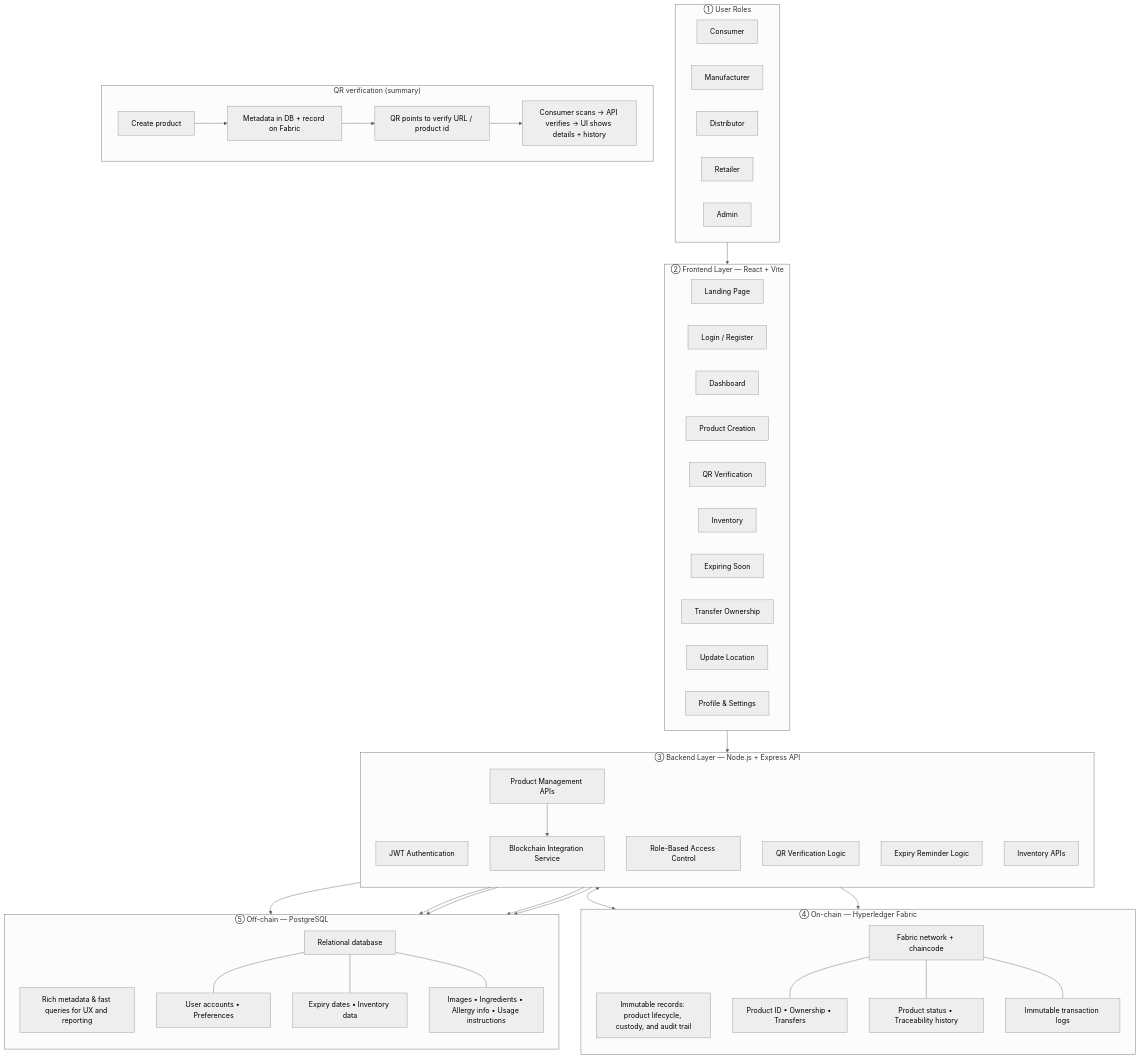
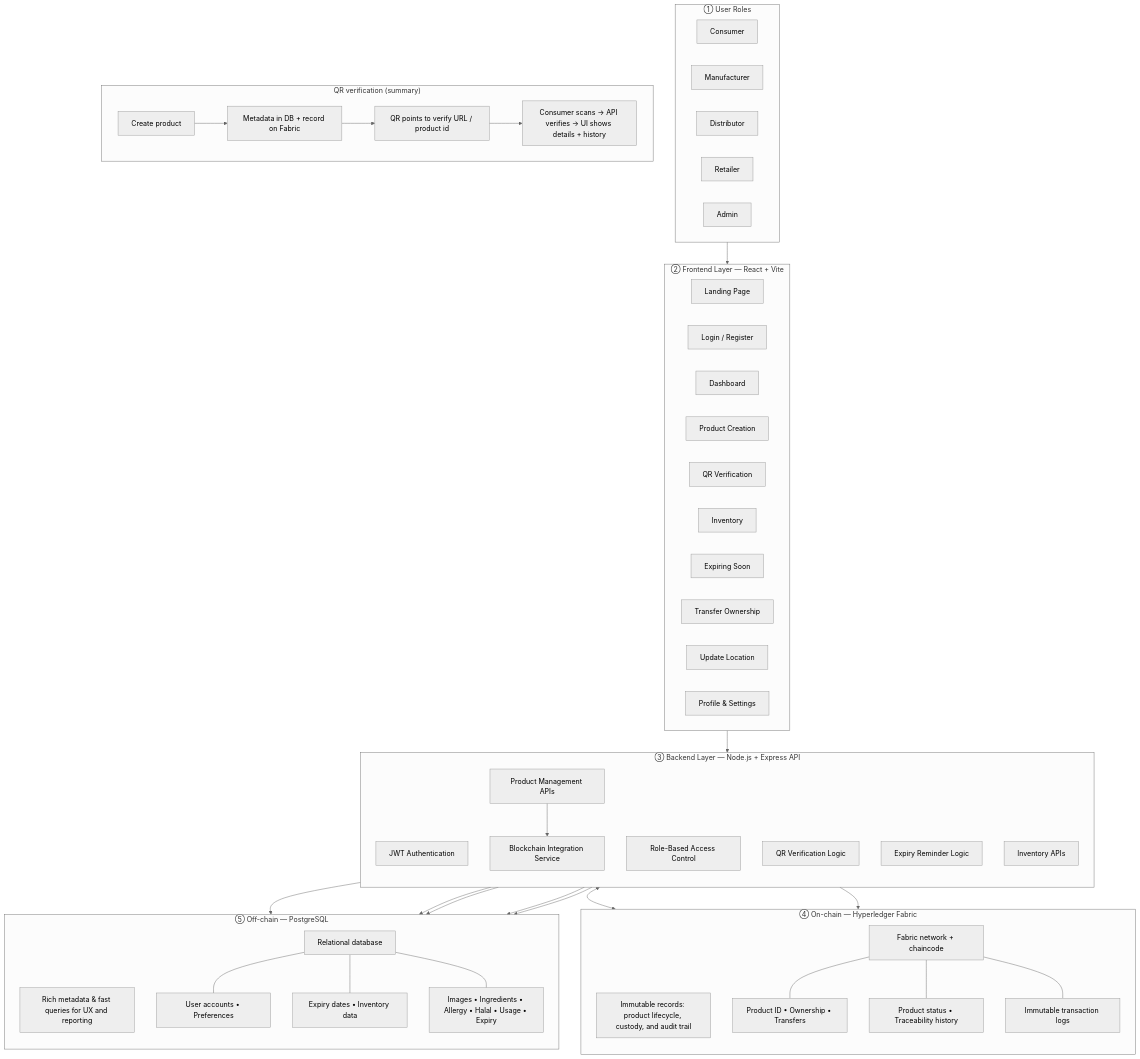
One commit to Jenson1hrs/Blockchain_SC_Transparency changed the first of 2 diagrams in docs/FYP-System-Architecture.md. Above: the diagram before and after it, drawn with Mermaid (neutral theme). The commit also changed other lines of this file and 68 other files, not shown here.

````diff
--- a/docs/FYP-System-Architecture.md
+++ b/docs/FYP-System-Architecture.md
@@ -17,78 +17,78 @@
 ```mermaid
 flowchart TB
   subgraph USERS["① User Roles"]
     direction LR
     UC["Consumer"]
     UM["Manufacturer"]
     UD["Distributor"]
     UR["Retailer"]
     UA["Admin"]
   end
 
   subgraph FE["② Frontend Layer — React + Vite"]
     direction LR
     F1["Landing Page"]
     F2["Login / Register"]
     F3["Dashboard"]
     F4["Product Creation"]
     F5["QR Verification"]
     F6["Inventory"]
     F7["Expiring Soon"]
     F8["Transfer Ownership"]
     F9["Update Location"]
     FA["Profile & Settings"]
   end
 
   subgraph API["③ Backend Layer — Node.js + Express API"]
     direction TB
     B1["JWT Authentication"]
     B2["Role-Based Access Control"]
     B3["QR Verification Logic"]
     B4["Product Management APIs"]
     B5["Expiry Reminder Logic"]
     B6["Inventory APIs"]
     B7["Blockchain Integration Service"]
   end
 
   subgraph ON["④ On-chain — Hyperledger Fabric"]
     direction TB
     ON_Note["Immutable records: product lifecycle, custody, and audit trail"]
     FAB["Fabric network + chaincode"]
     ON_A["Product ID • Ownership • Transfers"]
     ON_B["Product status • Traceability history"]
     ON_C["Immutable transaction logs"]
     FAB --- ON_A
     FAB --- ON_B
     FAB --- ON_C
   end
 
   subgraph OFF["⑤ Off-chain — PostgreSQL"]
     direction TB
     OFF_Note["Rich metadata & fast queries for UX and reporting"]
     PG["Relational database"]
     OFF_A["User accounts • Preferences"]
     OFF_B["Expiry dates • Inventory data"]
-    OFF_C["Images • Ingredients • Allergy info • Usage instructions"]
+    OFF_C["Images • Ingredients • Allergy • Halal • Usage • Expiry"]
     PG --- OFF_A
     PG --- OFF_B
     PG --- OFF_C
   end
 
   subgraph QR["QR verification (summary)"]
     direction LR
     Q1["Create product"] --> Q2["Metadata in DB + record on Fabric"]
     Q2 --> Q3["QR points to verify URL / product id"]
     Q3 --> Q4["Consumer scans → API verifies → UI shows details + history"]
   end
 
   USERS --> FE
   FE --> API
   API --> OFF
   B7 <--> FAB
   B3 --> FAB
   B3 --> PG
   B4 --> B7
   B4 --> PG
   B6 --> PG
   B5 --> PG
 ```
````
